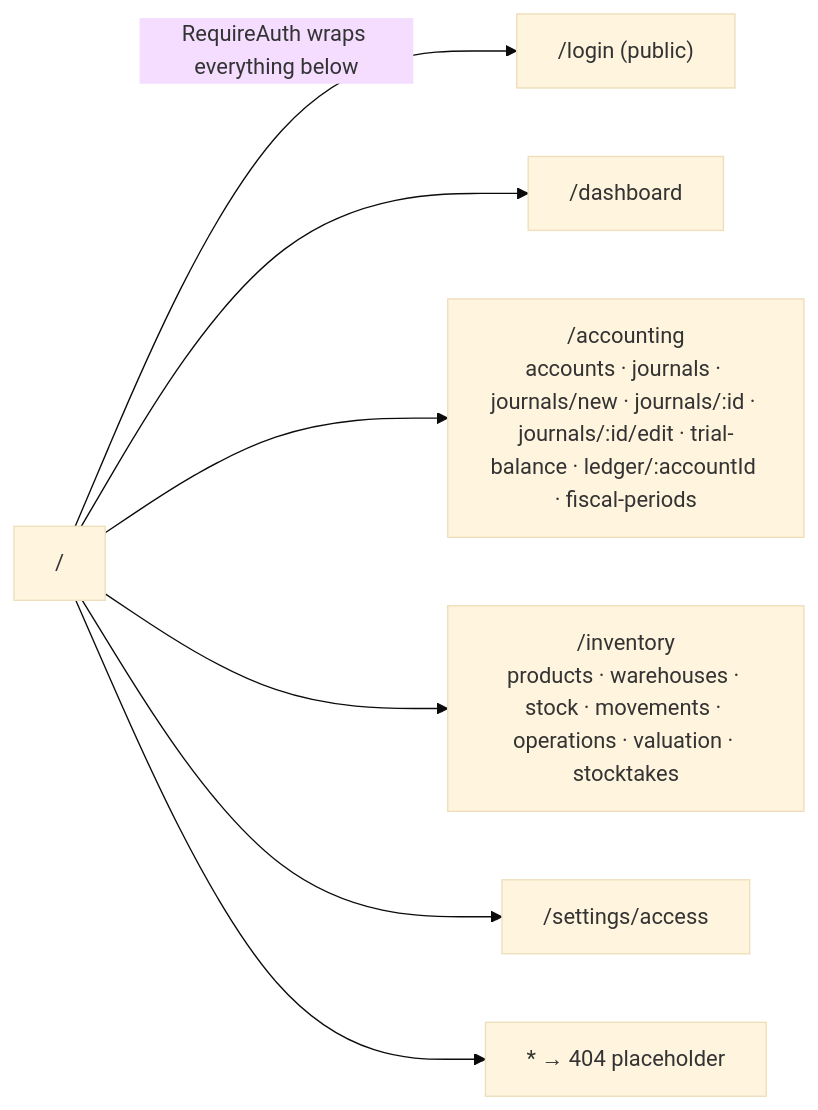
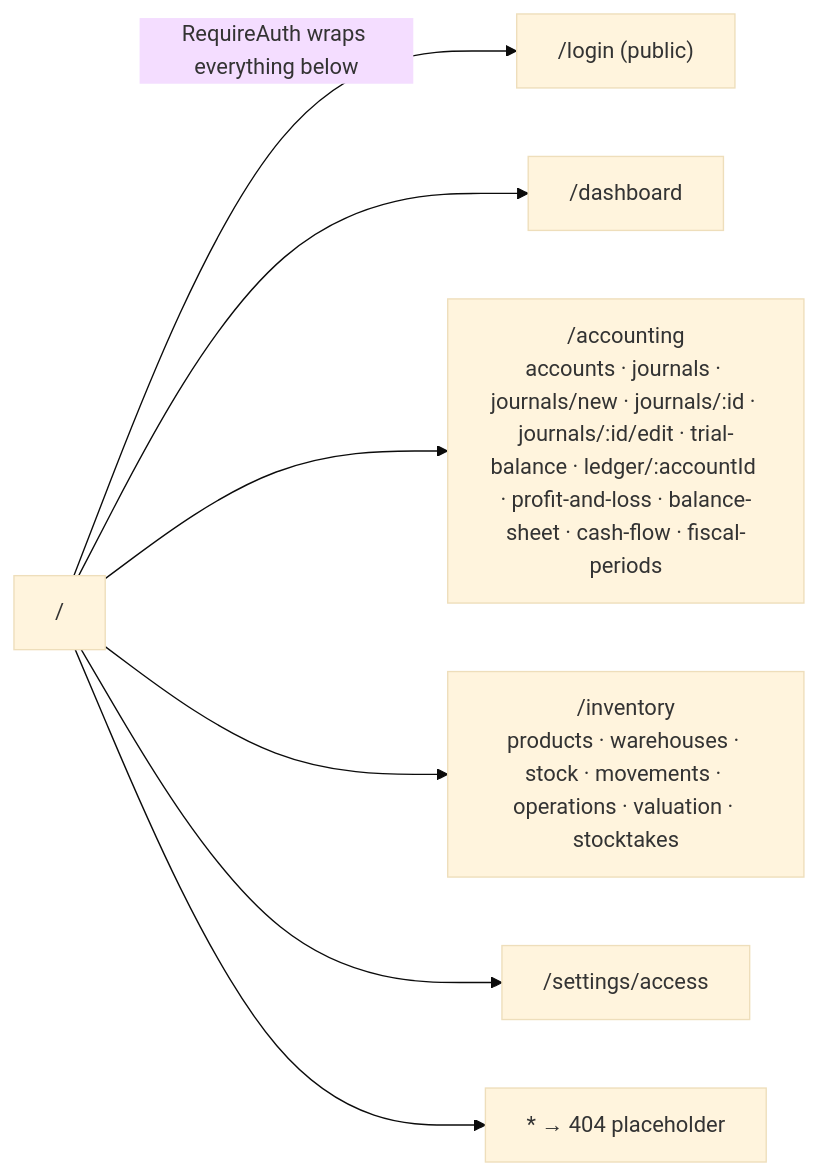
One commit to ahmed-226/ERP-Suite changed the fifth of 5 diagrams in docs/ARCHITECTURE.md. Above: the diagram before and after it, drawn with Mermaid (base theme). The commit also changed other lines of this file and 14 other files, not shown here.

First line of the commit message:
feat(reports): add profit and loss, balance sheet, and cash flow statements

````diff
--- a/docs/ARCHITECTURE.md
+++ b/docs/ARCHITECTURE.md
@@ -102,9 +102,9 @@
 ```mermaid
 flowchart LR
     ROOT["/"] -->|"RequireAuth wraps everything below"| LOGIN["/login (public)"]
     ROOT --> DASH["/dashboard"]
-    ROOT --> ACC["/accounting<br/>accounts · journals · journals/new · journals/:id · journals/:id/edit · trial-balance · ledger/:accountId · fiscal-periods"]
+    ROOT --> ACC["/accounting<br/>accounts · journals · journals/new · journals/:id · journals/:id/edit · trial-balance · ledger/:accountId · profit-and-loss · balance-sheet · cash-flow · fiscal-periods"]
     ROOT --> INV["/inventory<br/>products · warehouses · stock · movements · operations · valuation · stocktakes"]
     ROOT --> SET["/settings/access"]
     ROOT --> NF["* → 404 placeholder"]
 ```
````
